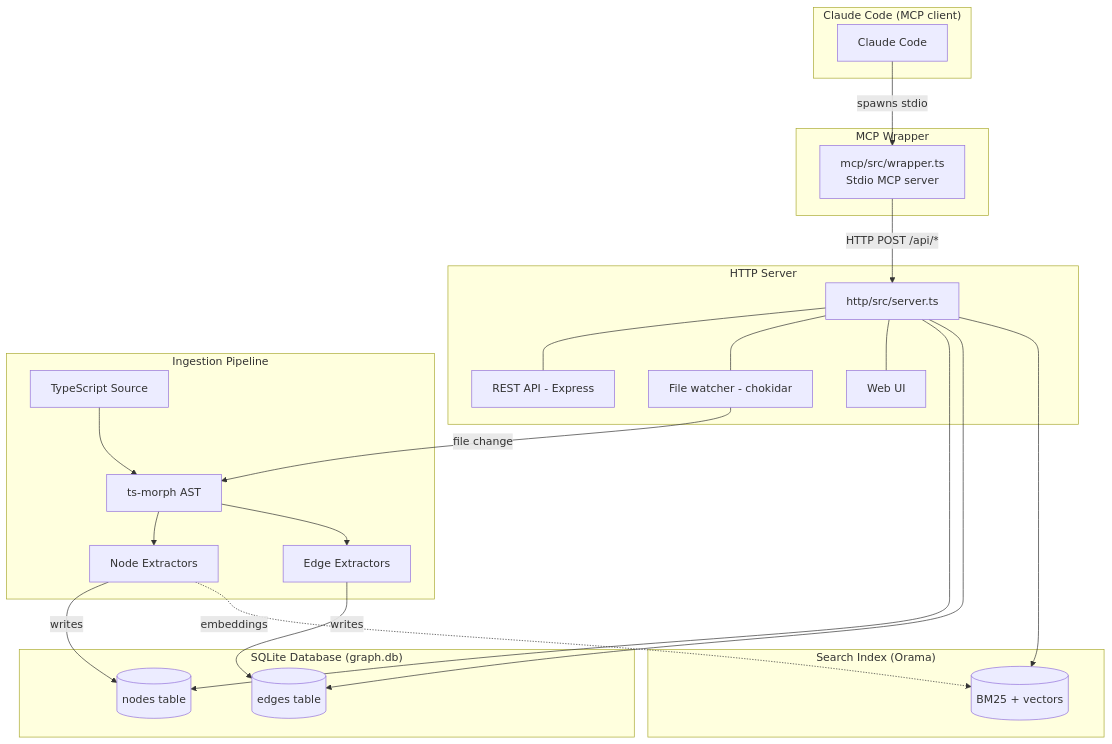
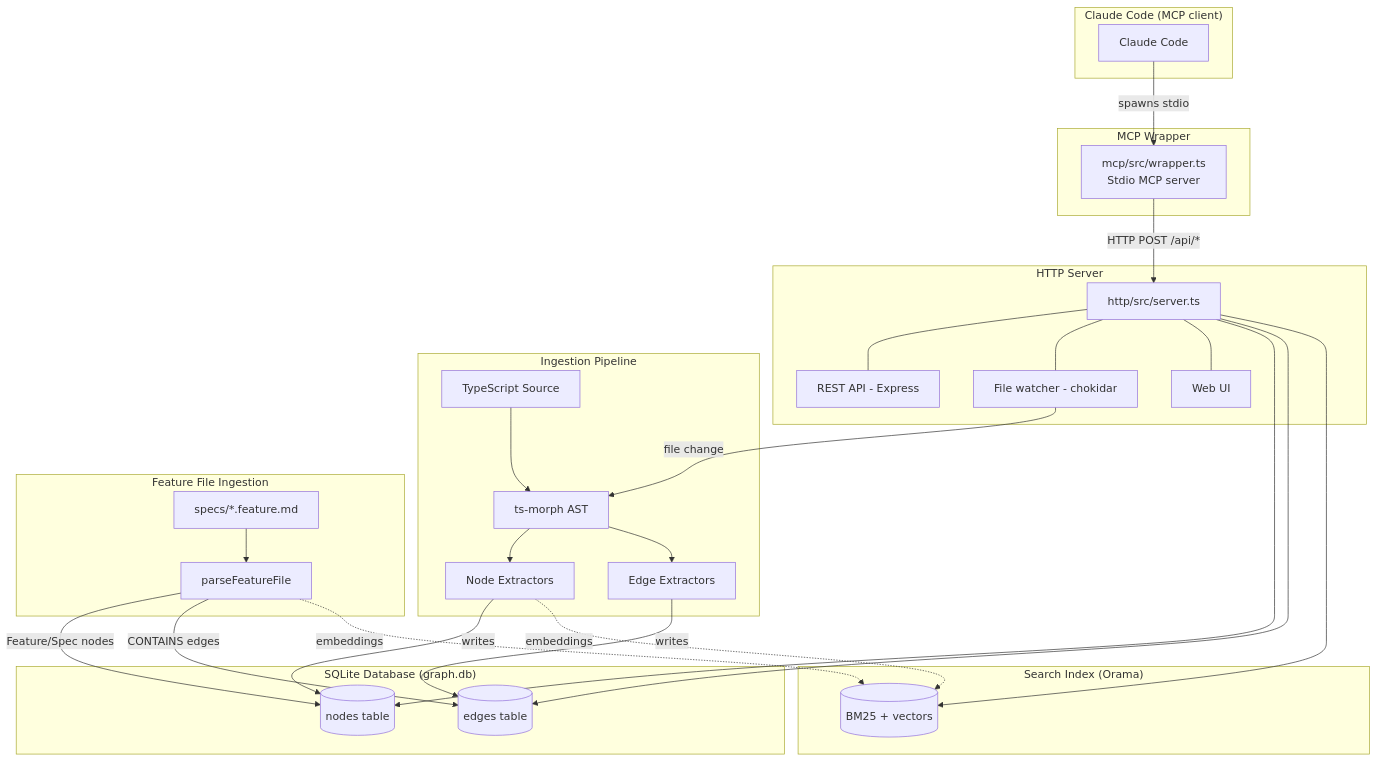
One commit to couzic/ts-graph-mcp changed the first of 2 diagrams in ARCHITECTURE.md. Above: the diagram before and after it, drawn with Mermaid. The commit also changed other lines of this file and 28 other files, not shown here.

````diff
--- a/ARCHITECTURE.md
+++ b/ARCHITECTURE.md
@@ -22,51 +22,61 @@
 ```mermaid
 flowchart TD
     subgraph Client["Claude Code (MCP client)"]
         CC[Claude Code]
     end
 
     subgraph MCP["MCP Wrapper"]
         MW["mcp/src/wrapper.ts<br/>Stdio MCP server"]
     end
 
     subgraph Server["HTTP Server"]
         HS["http/src/server.ts"]
         API[REST API - Express]
         FW[File watcher - chokidar]
         UI[Web UI]
     end
 
     subgraph DB["SQLite Database (graph.db)"]
         NT[(nodes table)]
         ET[(edges table)]
     end
 
     subgraph Search["Search Index (Orama)"]
         SI[(BM25 + vectors)]
     end
 
     subgraph Ingestion["Ingestion Pipeline"]
         TS[TypeScript Source]
         TM[ts-morph AST]
         NE[Node Extractors]
         EE[Edge Extractors]
     end
 
+    subgraph SpecIngestion["Feature File Ingestion"]
+        FM["specs/*.feature.md"]
+        PF[parseFeatureFile]
+    end
+
     CC -->|spawns stdio| MW
     MW -->|HTTP POST /api/*| HS
     HS --- API
     HS --- FW
     HS --- UI
     HS --> NT
     HS --> ET
     HS --> SI
 
     TS --> TM
     TM --> NE
     TM --> EE
     NE -->|writes| NT
     EE -->|writes| ET
     NE -.->|embeddings| SI
 
+    FM --> PF
+    PF -->|Feature/Spec nodes| NT
+    PF -->|CONTAINS edges| ET
+    PF -.->|embeddings| SI
+
     FW -->|file change| TM
 ```
````
